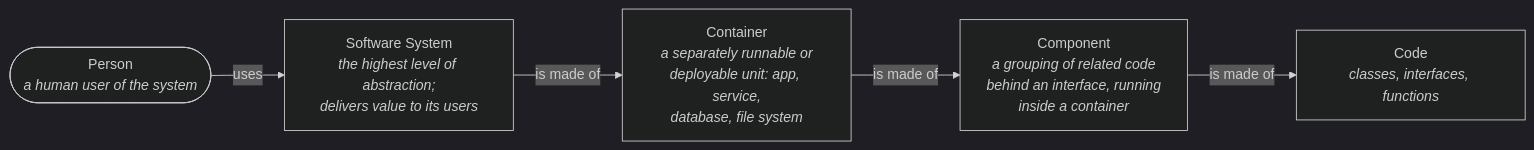
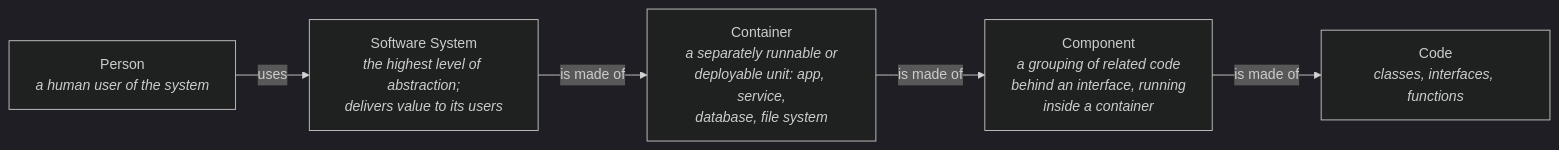
Before and after one commit to maniebra/software-engineering-handbook: the second of 4 diagrams in Software Architecture/C4 Modeling/C4 Modeling.md, drawn with Mermaid (dark theme). The commit also changed other lines of this file and 3 other files, not shown here.

Commit message:
#7 improve diagrams rendering

````diff
--- a/Software Architecture/C4 Modeling/C4 Modeling.md
+++ b/Software Architecture/C4 Modeling/C4 Modeling.md
@@ -34,13 +34,13 @@
 ```mermaid
 flowchart LR
-    P([Person<br/><i>a human user of the system</i>])
+    P[Person<br/><i>a human user of the system</i>]
     S[Software System<br/><i>the highest level of abstraction;<br/>delivers value to its users</i>]
     C[Container<br/><i>a separately runnable or<br/>deployable unit: app, service,<br/>database, file system</i>]
     K[Component<br/><i>a grouping of related code<br/>behind an interface, running<br/>inside a container</i>]
     D[Code<br/><i>classes, interfaces, functions</i>]
 
     P -->|uses| S
     S -->|is made of| C
     C -->|is made of| K
     K -->|is made of| D
 ```
````
